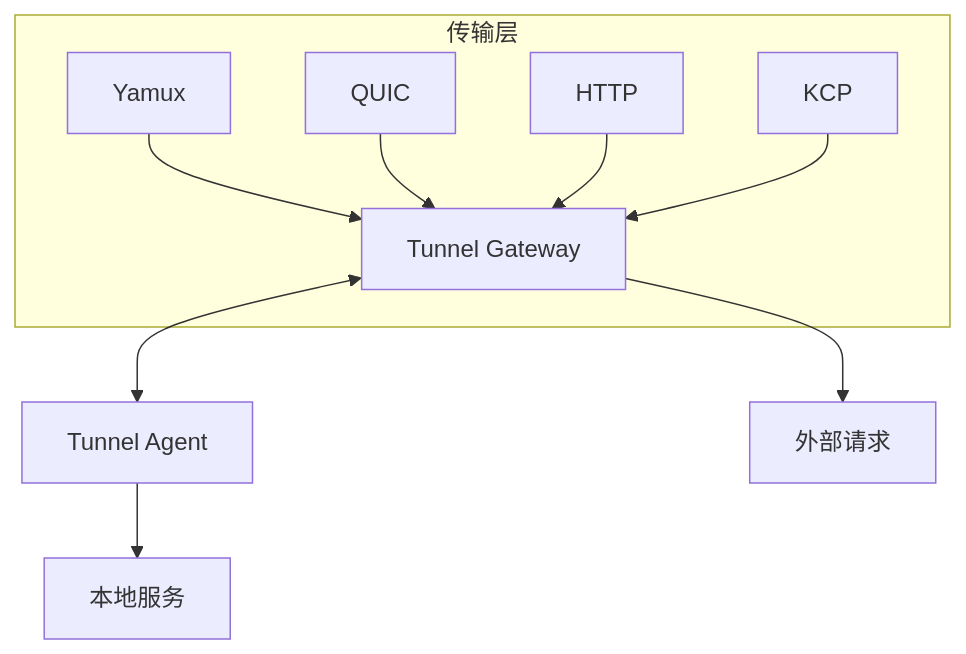
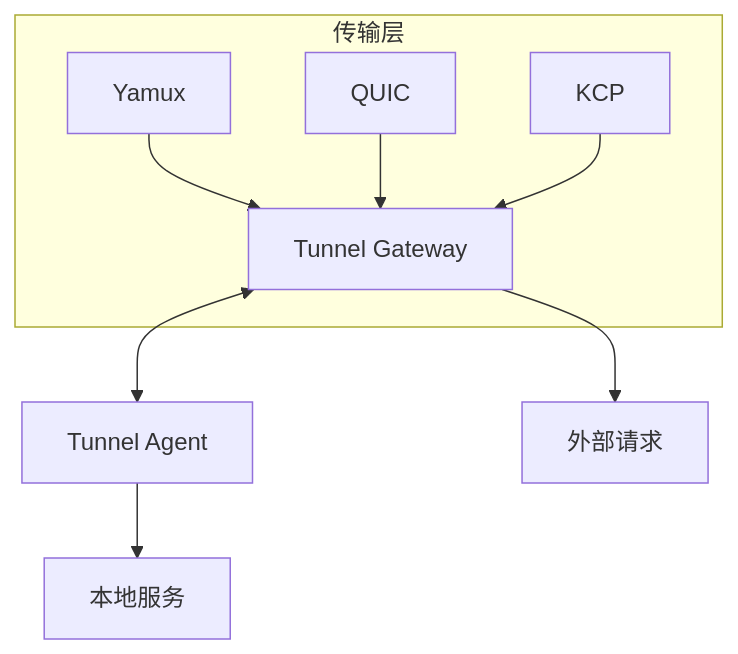
The third of 8 diagrams in docs/architecture.md (pubgo/lava), drawn with Mermaid before and after one commit. The commit also changed other lines of this file and 26 other files, not shown here.

````diff
--- a/docs/architecture.md
+++ b/docs/architecture.md
@@ -147,13 +147,12 @@
 ```mermaid
 flowchart TD
     Gateway[Tunnel Gateway] <--> Agent[Tunnel Agent]
     Agent --> LocalService[本地服务]
     Gateway --> ExternalRequest[外部请求]
     
     subgraph 传输层
         Transport1[Yamux] --> Gateway
         Transport2[QUIC] --> Gateway
-        Transport3[HTTP] --> Gateway
-        Transport4[KCP] --> Gateway
+        Transport3[KCP] --> Gateway
     end
 ```
````
